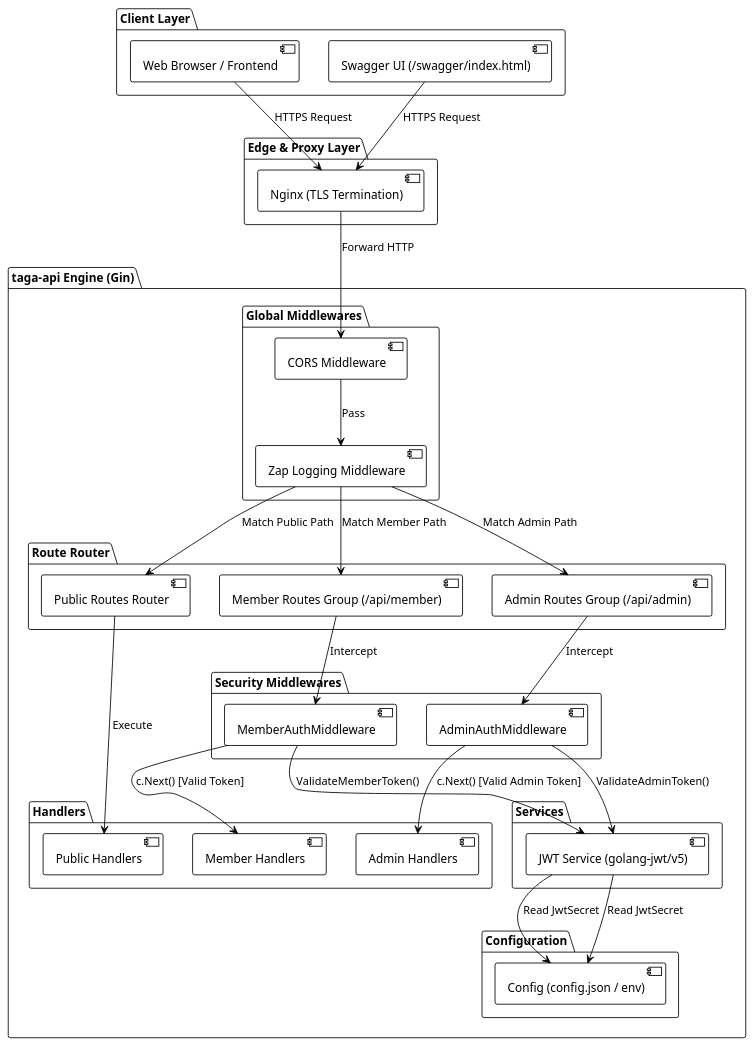
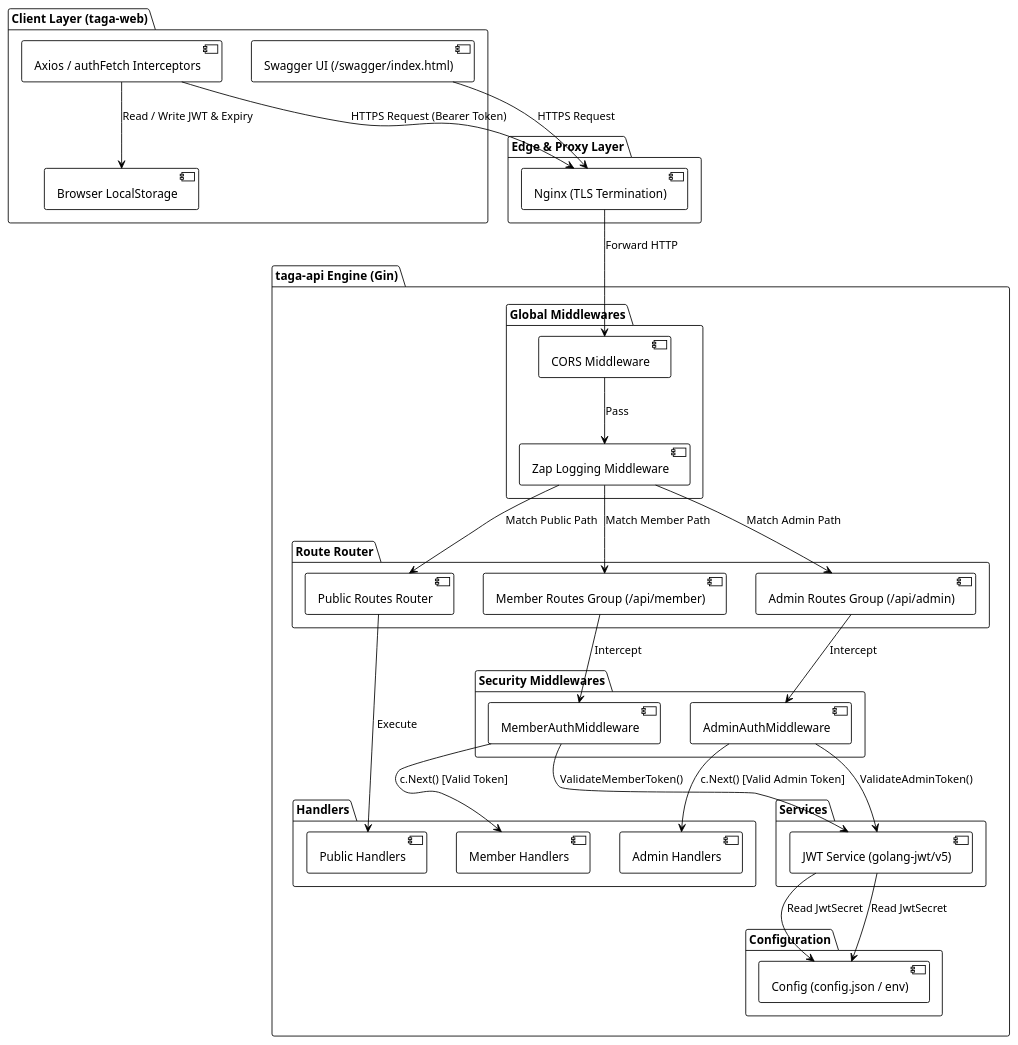
One commit to raviautopilot/nammataga changed the first of 2 diagrams in human-documents/security.md. Above: the diagram before and after it, drawn with PlantUML. The commit also changed other lines of this file and 36 other files, not shown here.

````diff
--- a/human-documents/security.md
+++ b/human-documents/security.md
@@ -85,69 +199,71 @@
 ```plantuml
 @startuml taga_api_security_component
 !theme plain
 skinparam componentStyle uml2
 skinparam backgroundColor #FFFFFF
 
-package "Client Layer" {
-  [Web Browser / Frontend] as Client
+package "Client Layer (taga-web)" {
+  [Browser LocalStorage] as LocalStorage
+  [Axios / authFetch Interceptors] as ClientHTTP
   [Swagger UI (/swagger/index.html)] as SwaggerUI
 }
 
 package "Edge & Proxy Layer" {
   [Nginx (TLS Termination)] as Nginx
 }
 
 package "taga-api Engine (Gin)" {
   package "Global Middlewares" {
     [CORS Middleware] as CORS
     [Zap Logging Middleware] as Logger
   }
 
   package "Route Router" {
     [Public Routes Router] as PublicRouter
     [Member Routes Group (/api/member)] as MemberGroup
     [Admin Routes Group (/api/admin)] as AdminGroup
   }
 
   package "Security Middlewares" {
     [MemberAuthMiddleware] as MemberAuth
     [AdminAuthMiddleware] as AdminAuth
   }
 
   package "Services" {
     [JWT Service (golang-jwt/v5)] as JWTService
   }
 
   package "Configuration" {
     [Config (config.json / env)] as Config
   }
 
   package "Handlers" {
     [Member Handlers] as MemberHandlers
     [Admin Handlers] as AdminHandlers
     [Public Handlers] as PublicHandlers
   }
 }
 
-Client --> Nginx : HTTPS Request
+ClientHTTP --> LocalStorage : Read / Write JWT & Expiry
+ClientHTTP --> Nginx : HTTPS Request (Bearer Token)
 SwaggerUI --> Nginx : HTTPS Request
 Nginx --> CORS : Forward HTTP
 CORS --> Logger : Pass
 Logger --> PublicRouter : Match Public Path
 Logger --> MemberGroup : Match Member Path
 Logger --> AdminGroup : Match Admin Path
 
 PublicRouter --> PublicHandlers : Execute
 
 MemberGroup --> MemberAuth : Intercept
 MemberAuth --> JWTService : ValidateMemberToken()
 JWTService --> Config : Read JwtSecret
 MemberAuth --> MemberHandlers : c.Next() [Valid Token]
 
 AdminGroup --> AdminAuth : Intercept
 AdminAuth --> JWTService : ValidateAdminToken()
 JWTService --> Config : Read JwtSecret
 AdminAuth --> AdminHandlers : c.Next() [Valid Admin Token]
 
 @enduml
 ```
````
